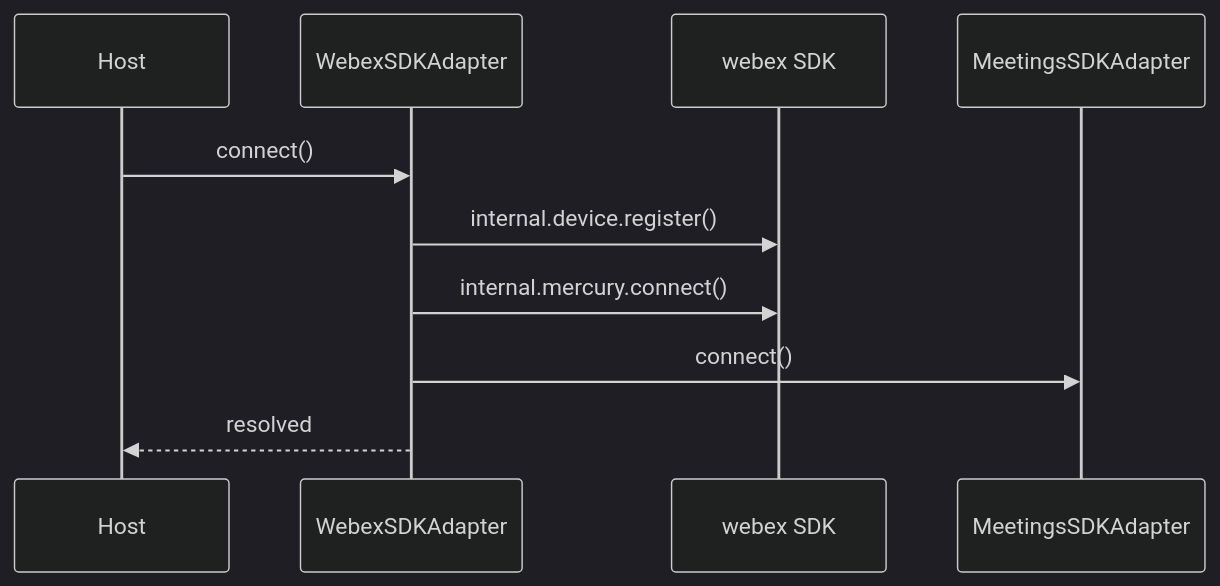
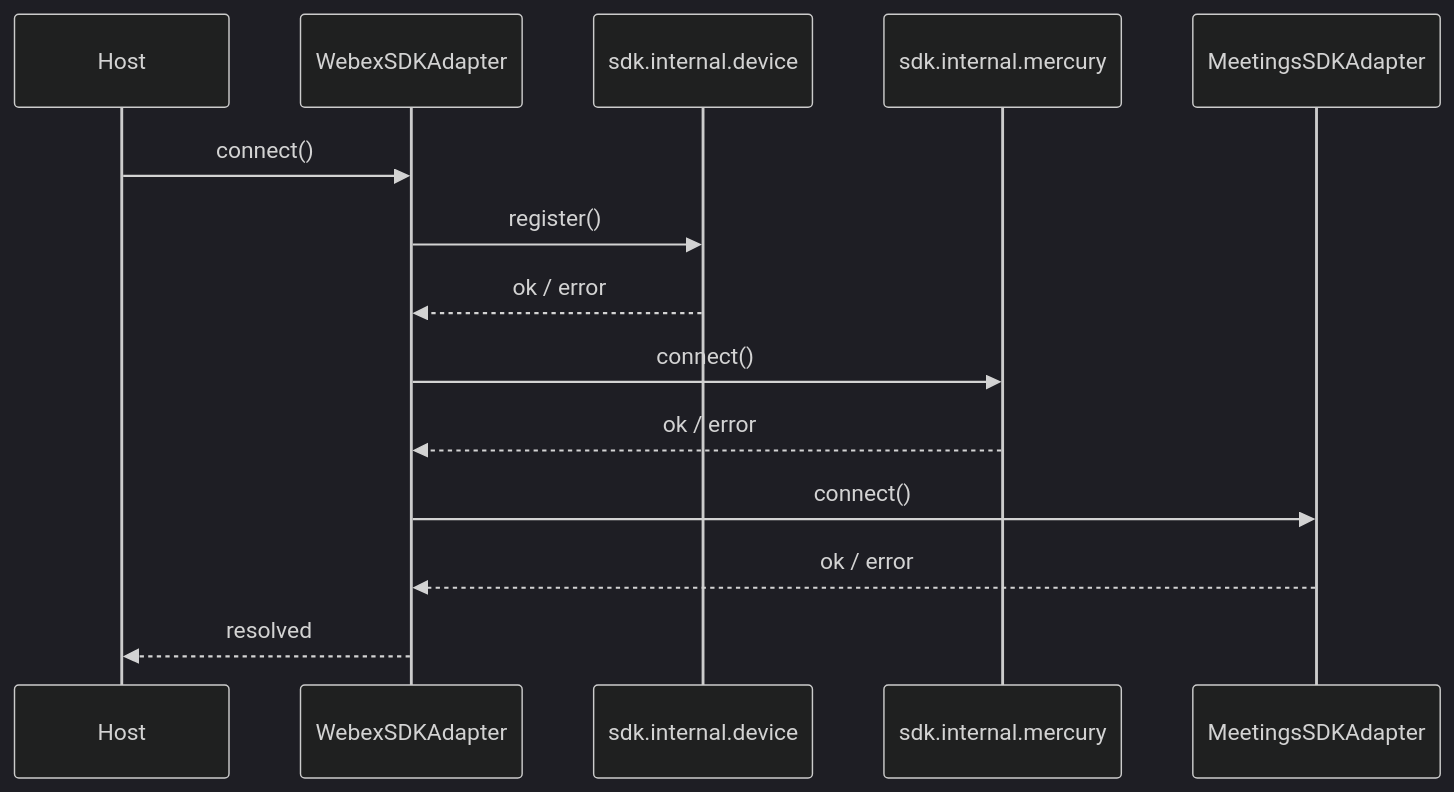
The second of 4 diagrams in src/ai-docs/webex-sdk-adapter-spec.md (webex/sdk-component-adapter), drawn with Mermaid (dark theme) before and after one commit. The commit also changed other lines of this file and 17 other files, not shown here.

````diff
--- a/src/ai-docs/webex-sdk-adapter-spec.md
+++ b/src/ai-docs/webex-sdk-adapter-spec.md
@@ -123,13 +146,17 @@
 ```mermaid
 sequenceDiagram
   participant Host
   participant Facade as WebexSDKAdapter
-  participant SDK as webex SDK
+  participant Device as sdk.internal.device
+  participant Mercury as sdk.internal.mercury
   participant Meetings as MeetingsSDKAdapter
 
   Host->>Facade: connect()
-  Facade->>SDK: internal.device.register()
-  Facade->>SDK: internal.mercury.connect()
+  Facade->>Device: register()
+  Device-->>Facade: ok / error
+  Facade->>Mercury: connect()
+  Mercury-->>Facade: ok / error
   Facade->>Meetings: connect()
+  Meetings-->>Facade: ok / error
   Facade-->>Host: resolved
 ```
````
